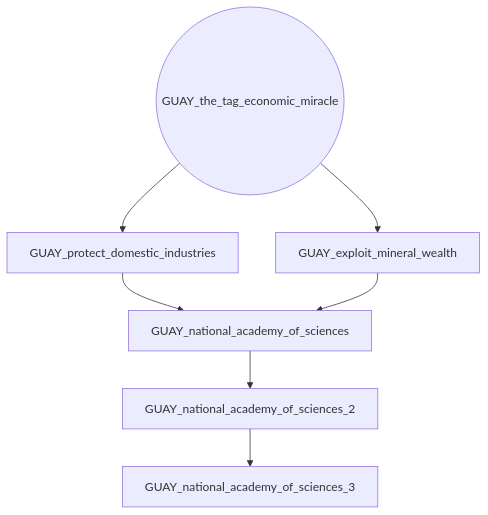
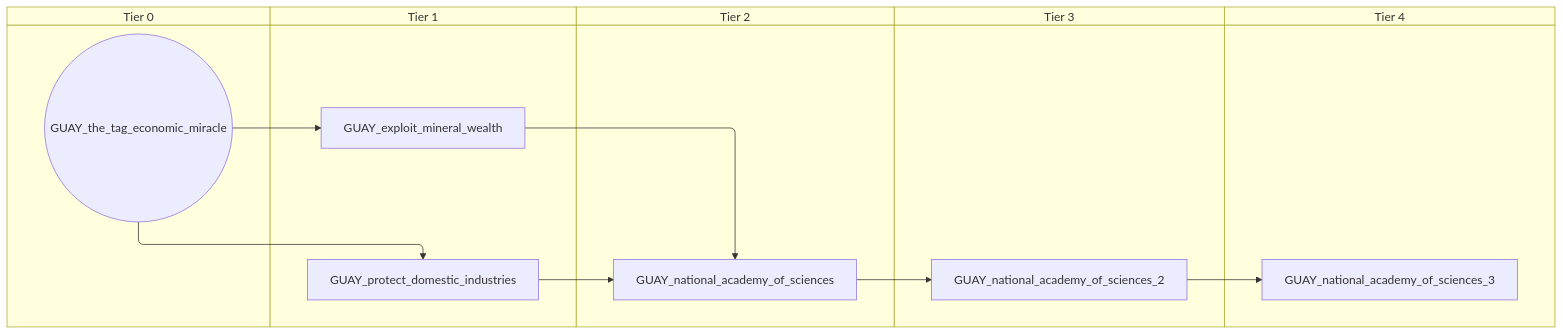
The seventh of 7 diagrams in docs/gdd/National Focuses/paraguay_uruguay_shared_branch.md (evgeny-sobol/hoi4-sandbox-mode-r56), drawn with Mermaid before and after one commit. The commit also changed other lines of this file and 423 other files, not shown here.

First line of the commit message:
Re-export Rt56 focus trees as swimlane diagrams

````diff
--- a/docs/gdd/National Focuses/paraguay_uruguay_shared_branch.md
+++ b/docs/gdd/National Focuses/paraguay_uruguay_shared_branch.md
@@ -164,15 +216,25 @@
 ```mermaid
-flowchart TD
-    n44["GUAY_exploit_mineral_wealth"]
-    n45["GUAY_national_academy_of_sciences"]
-    n46["GUAY_national_academy_of_sciences_2"]
-    n47["GUAY_national_academy_of_sciences_3"]
-    n48["GUAY_protect_domestic_industries"]
-    n49(("GUAY_the_tag_economic_miracle"))
-    n49 --> n44
-    n48 --> n45
+swimlane-beta TD
+    subgraph tier_0["Tier 0"]
+        n44(("GUAY_the_tag_economic_miracle"))
+    end
+    subgraph tier_1["Tier 1"]
+        n45["GUAY_exploit_mineral_wealth"]
+        n46["GUAY_protect_domestic_industries"]
+    end
+    subgraph tier_2["Tier 2"]
+        n47["GUAY_national_academy_of_sciences"]
+    end
+    subgraph tier_3["Tier 3"]
+        n48["GUAY_national_academy_of_sciences_2"]
+    end
+    subgraph tier_4["Tier 4"]
+        n49["GUAY_national_academy_of_sciences_3"]
+    end
     n44 --> n45
-    n45 --> n46
     n46 --> n47
-    n49 --> n48
+    n45 --> n47
+    n47 --> n48
+    n48 --> n49
+    n44 --> n46
 ```
````
